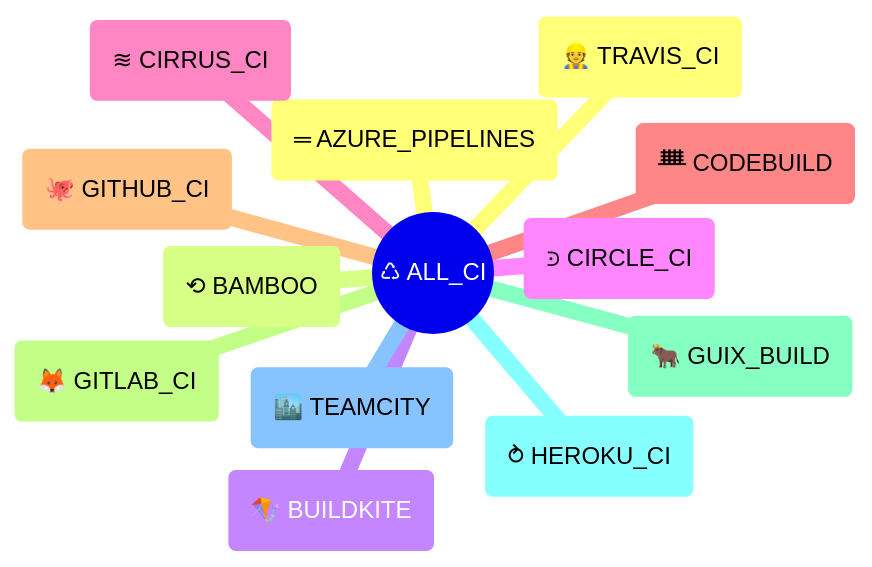
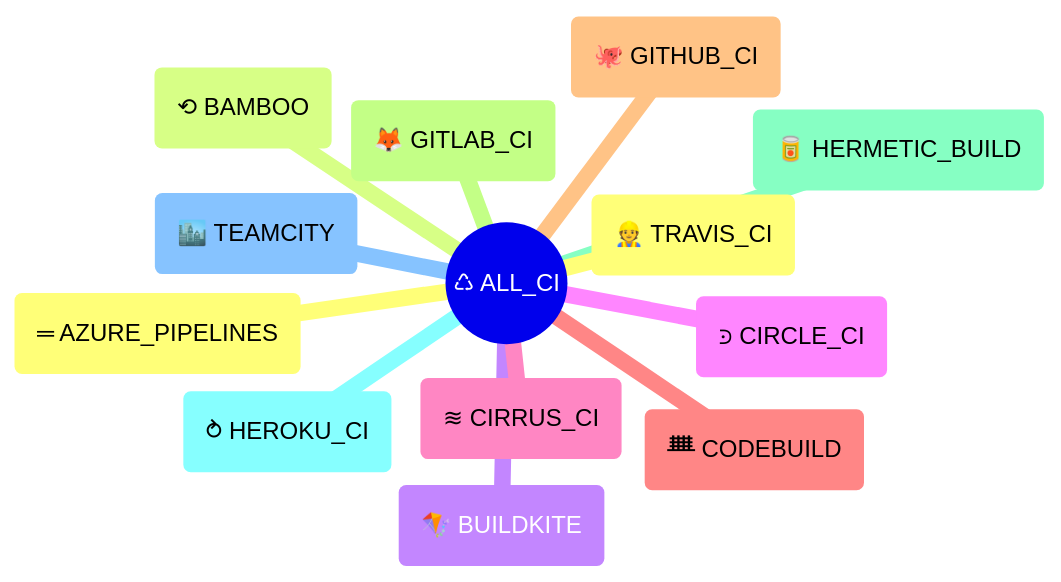
One commit to kdeldycke/extra-platforms changed the fifth of 6 diagrams in readme.md. Above: the diagram before and after it, drawn with Mermaid. The commit also changed 16 other files, not shown here.

Commit message:
Rename the `GUIX_BUILD` CI trait to a generic `HERMETIC_BUILD`

````diff
--- a/readme.md
+++ b/readme.md
@@ -477,19 +477,19 @@
 ```mermaid
 ---
 config: {"mindmap": {"padding": 5}}
 ---
 mindmap
     ((♺ ALL_CI))
         (═ AZURE_PIPELINES)
         (⟲ BAMBOO)
         (🪁 BUILDKITE)
         (⪾ CIRCLE_CI)
         (≋ CIRRUS_CI)
         (ᚙ CODEBUILD)
         (🐙 GITHUB_CI)
         (🦊 GITLAB_CI)
-        (🐂 GUIX_BUILD)
+        (🥫 HERMETIC_BUILD)
         (⥁ HEROKU_CI)
         (🏙️ TEAMCITY)
         (👷 TRAVIS_CI)
 ```
````
